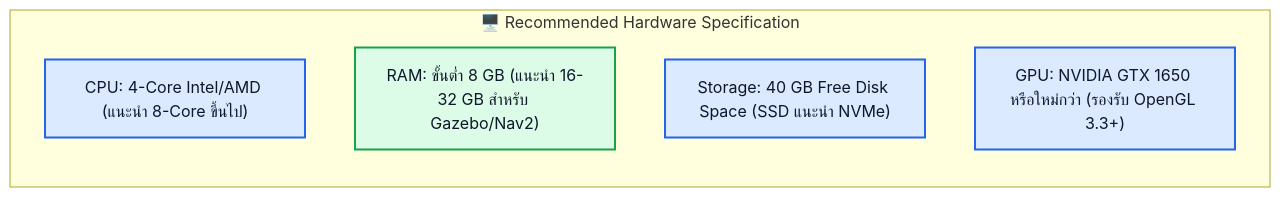
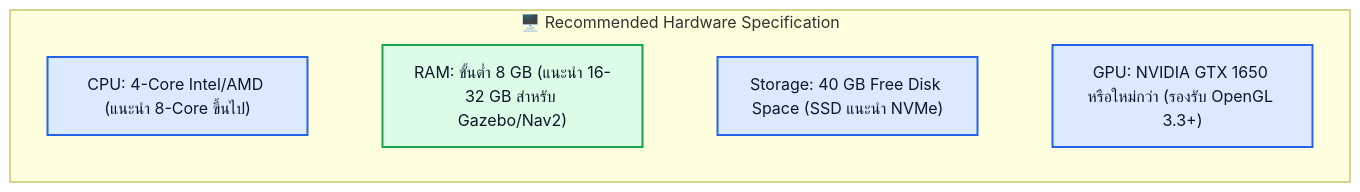
Before and after one commit to alfaXphoori/ros2: the diagram in docs/diagrams/src/install-guide-01.mmd, drawn with Mermaid. The commit also changed 57 other files, not shown here.

Commit message:
docs(diagrams): stack wide flowcharts vertically for crisp readability on GitHub

```diff
--- a/docs/diagrams/src/install-guide-01.mmd
+++ b/docs/diagrams/src/install-guide-01.mmd
@@ -1,17 +1,20 @@
-flowchart LR
+flowchart TD
     subgraph Spec ["🖥️ Recommended Hardware Specification"]
         CPU["CPU: 4-Core Intel/AMD (แนะนำ 8-Core ขึ้นไป)"]
+        CPU ~~~ RAM
         RAM["RAM: ขั้นต่ำ 8 GB (แนะนำ 16-32 GB สำหรับ Gazebo/Nav2)"]
+        RAM ~~~ Disk
         Disk["Storage: 40 GB Free Disk Space (SSD แนะนำ NVMe)"]
+        Disk ~~~ GPU
         GPU["GPU: NVIDIA GTX 1650 หรือใหม่กว่า (รองรับ OpenGL 3.3+)"]
     end
 
     classDef node fill:#dbeafe,stroke:#2563eb,stroke-width:2px,color:#0f172a
     classDef sim fill:#dcfce7,stroke:#16a34a,stroke-width:2px,color:#0f172a
     classDef hw fill:#fef3c7,stroke:#d97706,stroke-width:2px,color:#0f172a
     classDef sec fill:#ffe4e6,stroke:#e11d48,stroke-width:2px,color:#0f172a
     classDef bt fill:#ede9fe,stroke:#7c3aed,stroke-width:2px,color:#0f172a
     classDef tool fill:#ffedd5,stroke:#ea580c,stroke-width:2px,color:#0f172a
     classDef cfg fill:#f1f5f9,stroke:#64748b,stroke-width:2px,color:#0f172a
     class CPU,Disk,GPU node
     class RAM sim
```
